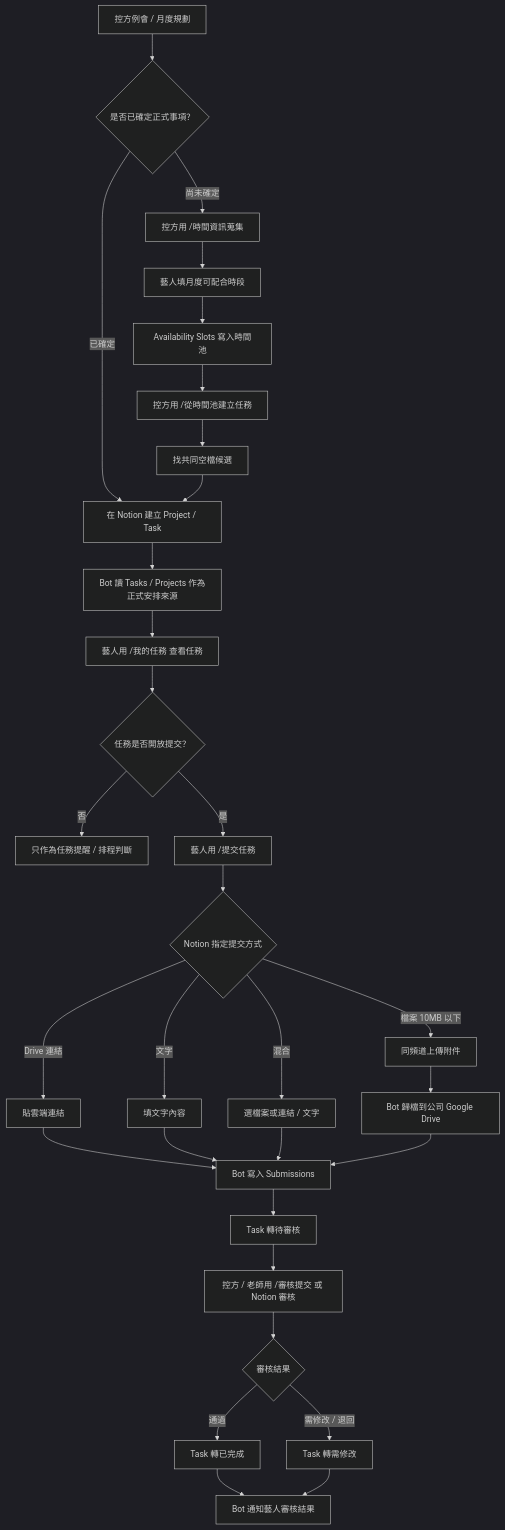
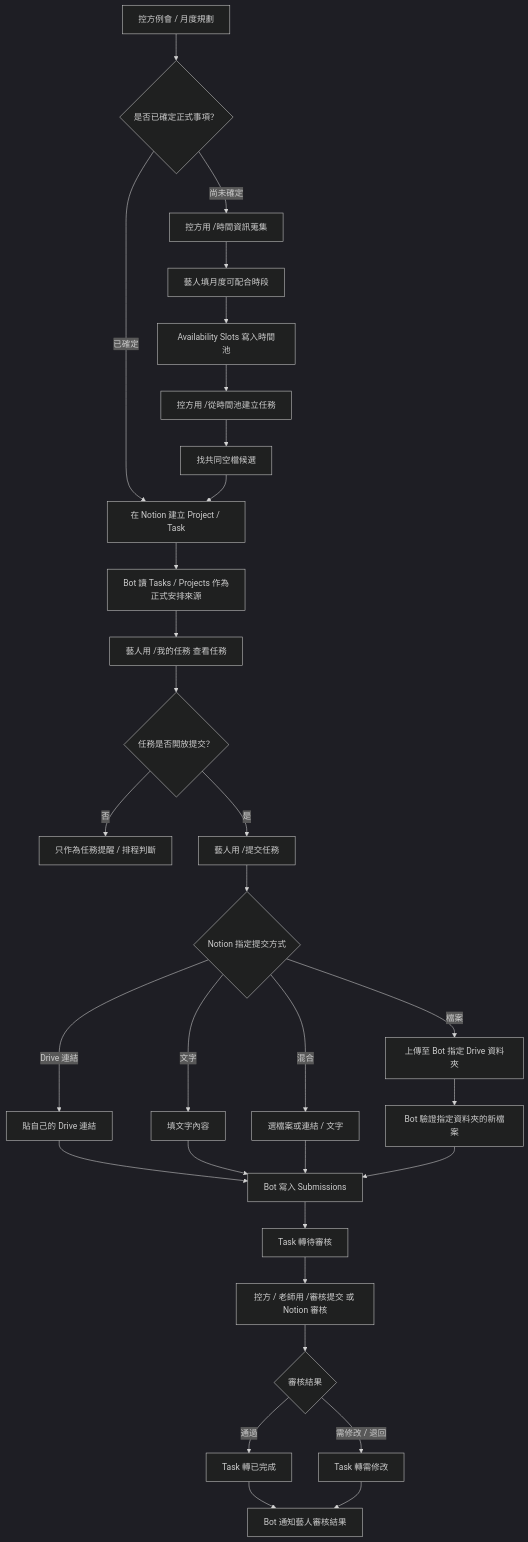
The first of 3 diagrams in FLOWCHART.md (johnnysun0621/kari-kari-ai-ops), drawn with Mermaid (dark theme) before and after one commit. The commit also changed 16 other files, not shown here.

````diff
--- a/FLOWCHART.md
+++ b/FLOWCHART.md
@@ -8,37 +8,37 @@
 ```mermaid
 flowchart TD
     A["控方例會 / 月度規劃"] --> B{"是否已確定正式事項？"}
 
     B -->|已確定| C["在 Notion 建立 Project / Task"]
     C --> D["Bot 讀 Tasks / Projects 作為正式安排來源"]
     D --> E["藝人用 /我的任務 查看任務"]
     E --> F{"任務是否開放提交？"}
     F -->|否| G["只作為任務提醒 / 排程判斷"]
     F -->|是| H["藝人用 /提交任務"]
 
     H --> I{"Notion 指定提交方式"}
-    I -->|檔案 10MB 以下| J["同頻道上傳附件"]
-    I -->|Drive 連結| K["貼雲端連結"]
+    I -->|檔案| J["上傳至 Bot 指定 Drive 資料夾"]
+    I -->|Drive 連結| K["貼自己的 Drive 連結"]
     I -->|文字| L["填文字內容"]
     I -->|混合| M["選檔案或連結 / 文字"]
 
-    J --> N["Bot 歸檔到公司 Google Drive"]
+    J --> N["Bot 驗證指定資料夾的新檔案"]
     K --> O["Bot 寫入 Submissions"]
     L --> O
     M --> O
     N --> O
     O --> P["Task 轉待審核"]
     P --> Q["控方 / 老師用 /審核提交 或 Notion 審核"]
     Q --> R{"審核結果"}
     R -->|通過| S["Task 轉已完成"]
     R -->|需修改 / 退回| T["Task 轉需修改"]
     S --> U["Bot 通知藝人審核結果"]
     T --> U
 
     B -->|尚未確定| V["控方用 /時間資訊蒐集"]
     V --> W["藝人填月度可配合時段"]
     W --> X["Availability Slots 寫入時間池"]
     X --> Y["控方用 /從時間池建立任務"]
     Y --> Z["找共同空檔候選"]
     Z --> C
 ```
````
